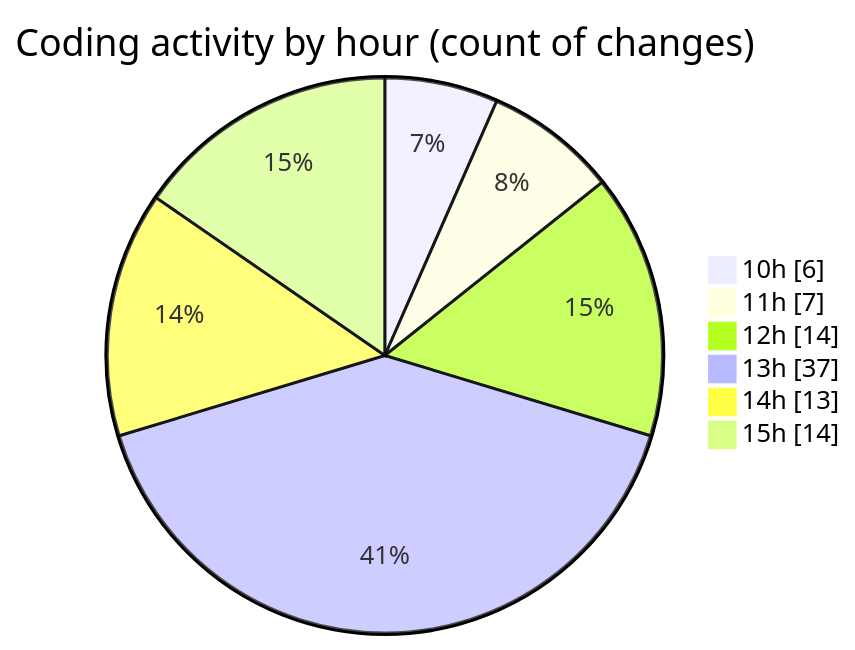
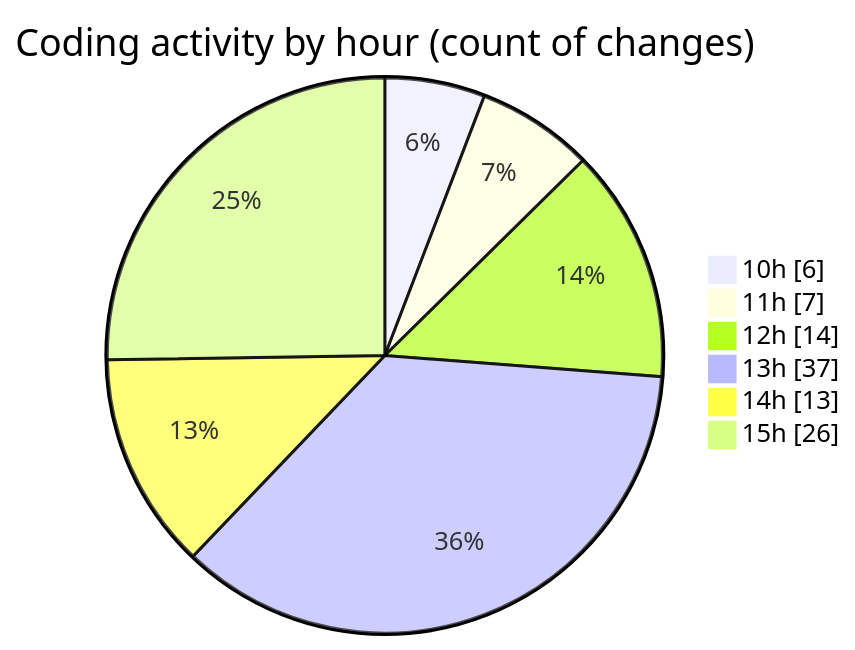
One commit to momahboobian/code-tracking changed the second of 2 diagrams in 2025-06-23/cda/README.md. Above: the diagram before and after it, drawn with Mermaid. The commit also changed other lines of this file and 1 other file, not shown here.

````diff
--- a/2025-06-23/cda/README.md
+++ b/2025-06-23/cda/README.md
@@ -41,10 +42,10 @@
 ```mermaid
 pie showData
 title Coding activity by hour (count of changes)
 "10h" : 6
 "11h" : 7
 "12h" : 14
 "13h" : 37
 "14h" : 13
-"15h" : 14
+"15h" : 26
 ```
````
